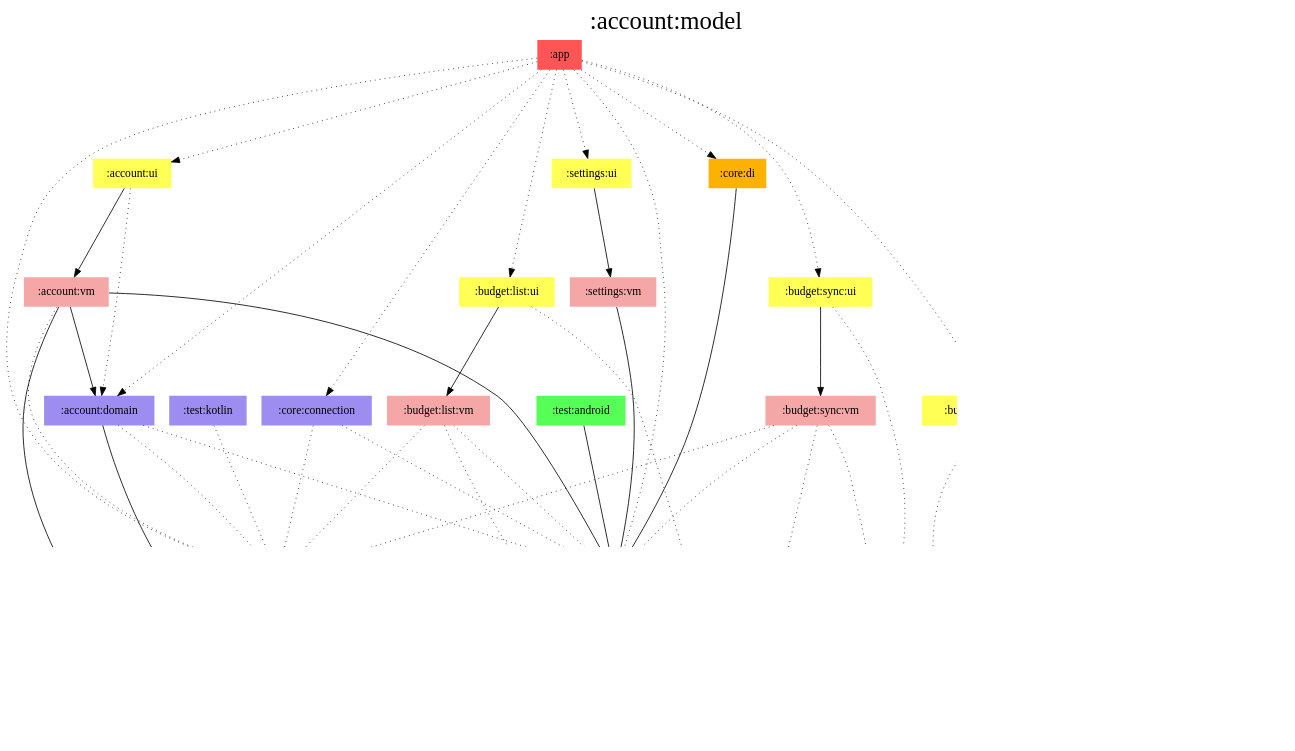
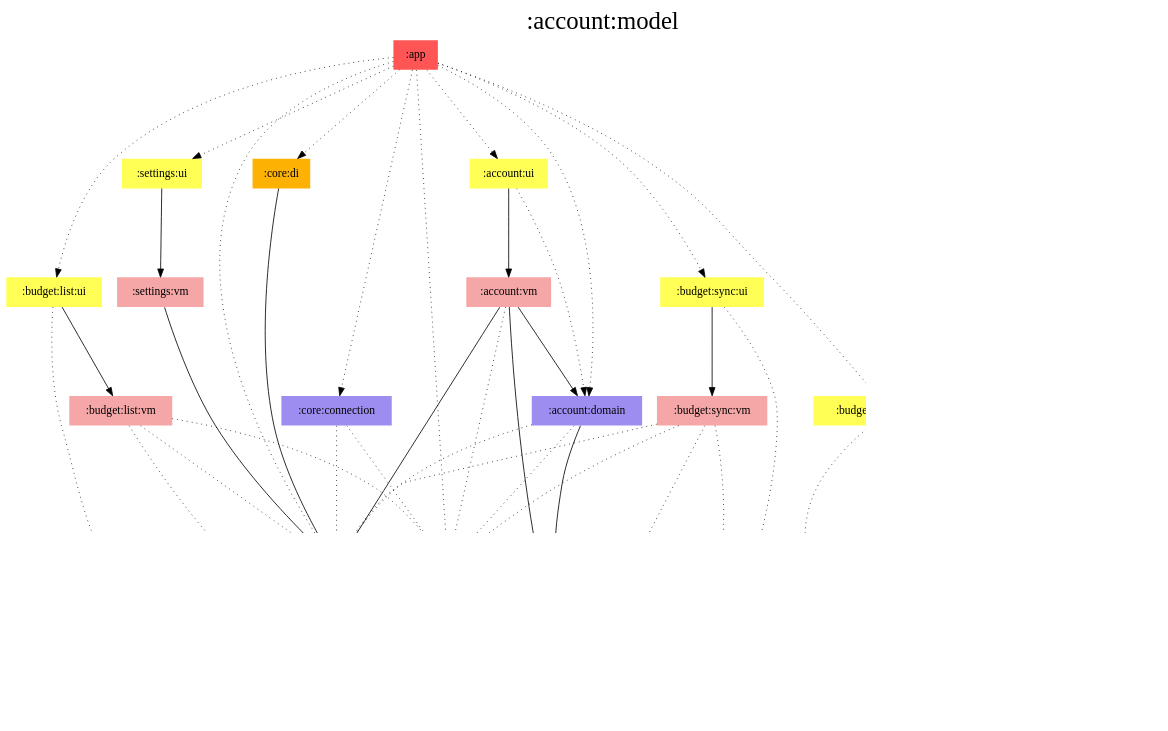
The diagram in modules/account/model/modules.dot (jonapoul/aktual), drawn with Graphviz before and after one commit. The commit also changed 26 other files, not shown here.

Commit message:
Remove test modules from graphs

```diff
--- a/modules/account/model/modules.dot
+++ b/modules/account/model/modules.dot
@@ -1,87 +1,82 @@
 digraph {
 edge ["dir"="forward"]
 graph ["dpi"="100","label"=":account:model","labelloc"="t","fontsize"="30","ranksep"="1.5","rankdir"="TB"]
 node ["style"="filled"]
 ":account:domain" ["fillcolor"="#9D8DF1","shape"="none"]
 ":account:model" ["fillcolor"="#9D8DF1","color"="black","penwidth"="3","shape"="box"]
 ":account:ui" ["fillcolor"="#FFFF55","shape"="none"]
 ":account:vm" ["fillcolor"="#F5A6A6","shape"="none"]
 ":api:actual" ["fillcolor"="#9D8DF1","shape"="none"]
 ":app" ["fillcolor"="#FF5555","shape"="none"]
 ":budget:encryption" ["fillcolor"="#9D8DF1","shape"="none"]
 ":budget:list:ui" ["fillcolor"="#FFFF55","shape"="none"]
 ":budget:list:vm" ["fillcolor"="#F5A6A6","shape"="none"]
 ":budget:sync:ui" ["fillcolor"="#FFFF55","shape"="none"]
 ":budget:sync:vm" ["fillcolor"="#F5A6A6","shape"="none"]
 ":budget:transactions:ui" ["fillcolor"="#FFFF55","shape"="none"]
 ":budget:transactions:vm" ["fillcolor"="#F5A6A6","shape"="none"]
 ":core:connection" ["fillcolor"="#9D8DF1","shape"="none"]
 ":core:di" ["fillcolor"="#FCB103","shape"="none"]
 ":prefs" ["fillcolor"="#9D8DF1","shape"="none"]
 ":settings:ui" ["fillcolor"="#FFFF55","shape"="none"]
 ":settings:vm" ["fillcolor"="#F5A6A6","shape"="none"]
-":test:android" ["fillcolor"="#55FF55","shape"="none"]
-":test:kotlin" ["fillcolor"="#9D8DF1","shape"="none"]
 {
 edge ["dir"="none"]
 graph ["rank"="same"]
 ":account:model"
 }
 ":account:domain" -> ":account:model"
 ":account:domain" -> ":api:actual" ["style"="dotted"]
 ":account:domain" -> ":prefs" ["style"="dotted"]
 ":account:ui" -> ":account:domain" ["style"="dotted"]
 ":account:ui" -> ":account:vm"
 ":account:vm" -> ":account:domain"
 ":account:vm" -> ":account:model"
 ":account:vm" -> ":api:actual" ["style"="dotted"]
 ":account:vm" -> ":prefs"
 ":api:actual" -> ":account:model"
 ":app" -> ":account:domain" ["style"="dotted"]
 ":app" -> ":account:ui" ["style"="dotted"]
 ":app" -> ":api:actual" ["style"="dotted"]
 ":app" -> ":budget:list:ui" ["style"="dotted"]
 ":app" -> ":budget:sync:ui" ["style"="dotted"]
 ":app" -> ":budget:transactions:ui" ["style"="dotted"]
 ":app" -> ":core:connection" ["style"="dotted"]
 ":app" -> ":core:di" ["style"="dotted"]
 ":app" -> ":prefs" ["style"="dotted"]
 ":app" -> ":settings:ui" ["style"="dotted"]
 ":budget:encryption" -> ":account:model"
 ":budget:list:ui" -> ":account:model" ["style"="dotted"]
 ":budget:list:ui" -> ":budget:list:vm"
 ":budget:list:vm" -> ":account:model" ["style"="dotted"]
 ":budget:list:vm" -> ":api:actual" ["style"="dotted"]
 ":budget:list:vm" -> ":prefs" ["style"="dotted"]
 ":budget:sync:ui" -> ":account:model" ["style"="dotted"]
 ":budget:sync:ui" -> ":budget:sync:vm"
 ":budget:sync:vm" -> ":account:model" ["style"="dotted"]
 ":budget:sync:vm" -> ":api:actual" ["style"="dotted"]
 ":budget:sync:vm" -> ":budget:encryption" ["style"="dotted"]
 ":budget:sync:vm" -> ":prefs" ["style"="dotted"]
 ":budget:transactions:ui" -> ":account:model" ["style"="dotted"]
 ":budget:transactions:ui" -> ":budget:transactions:vm"
 ":budget:transactions:vm" -> ":account:model" ["style"="dotted"]
 ":core:connection" -> ":api:actual" ["style"="dotted"]
 ":core:connection" -> ":prefs" ["style"="dotted"]
 ":core:di" -> ":prefs"
 ":prefs" -> ":account:model"
 ":settings:ui" -> ":settings:vm"
 ":settings:vm" -> ":prefs"
-":test:android" -> ":prefs"
-":test:kotlin" -> ":api:actual" ["style"="dotted"]
 subgraph "cluster_legend" {
 edge ["dir"="none"]
 graph ["label"="Legend","fontsize"="20"]
 "Legend" ["style"="filled","fillcolor"="#FFFFFF","shape"="none","margin"="0","fontsize"="15","label"=<
 <TABLE BORDER="0" CELLBORDER="0" CELLSPACING="0" CELLPADDING="4">
 <TR><TD>App</TD><TD BGCOLOR="#FF5555">module-name</TD></TR>
 <TR><TD>ViewModel</TD><TD BGCOLOR="#F5A6A6">module-name</TD></TR>
 <TR><TD>Hilt</TD><TD BGCOLOR="#FCB103">module-name</TD></TR>
 <TR><TD>Compose</TD><TD BGCOLOR="#FFFF55">module-name</TD></TR>
-<TR><TD>Android</TD><TD BGCOLOR="#55FF55">module-name</TD></TR>
 <TR><TD>Multiplatform</TD><TD BGCOLOR="#9D8DF1">module-name</TD></TR>
 </TABLE>
 >]
 } -> ":account:model" ["style"="invis"]
 }
```
